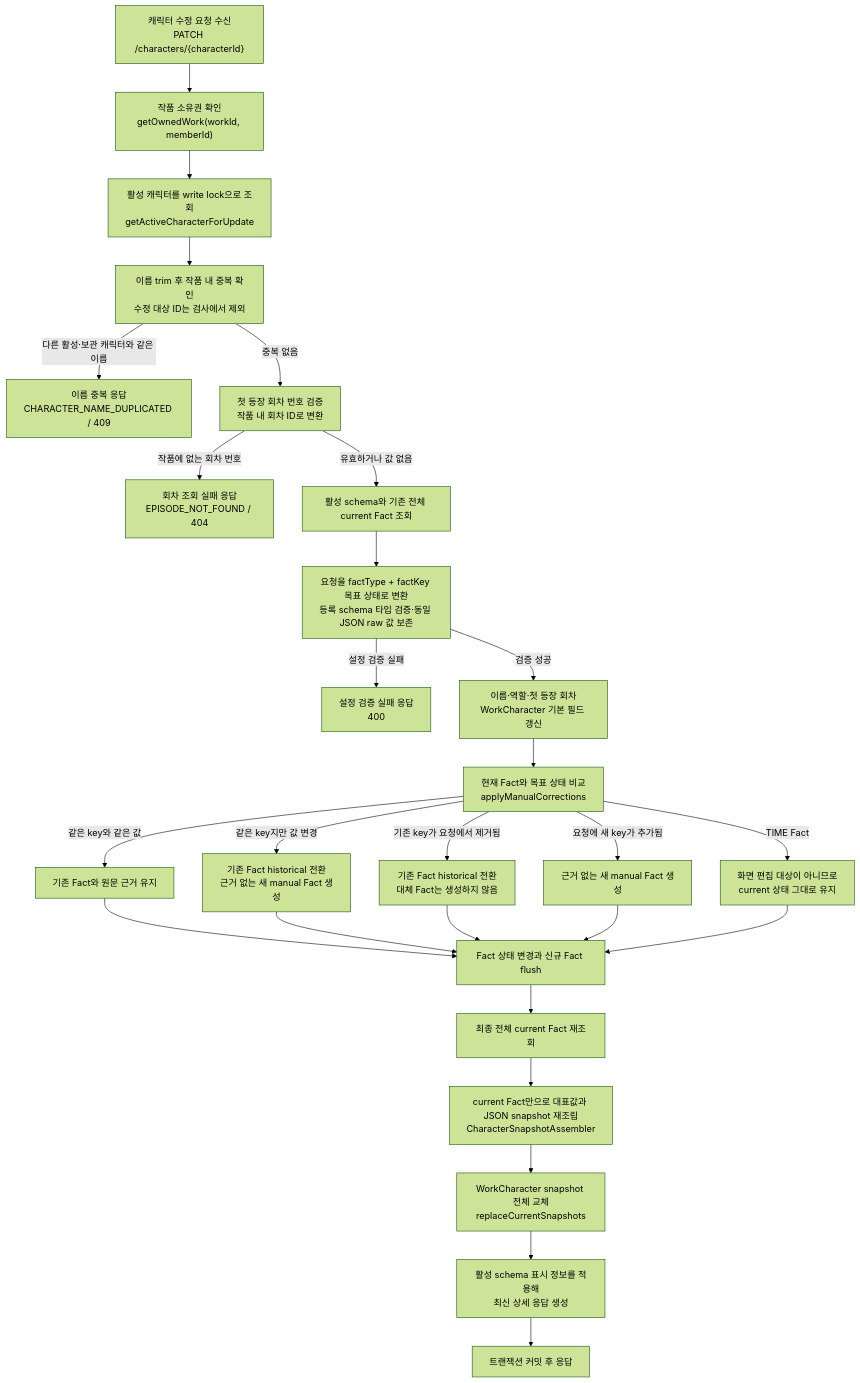
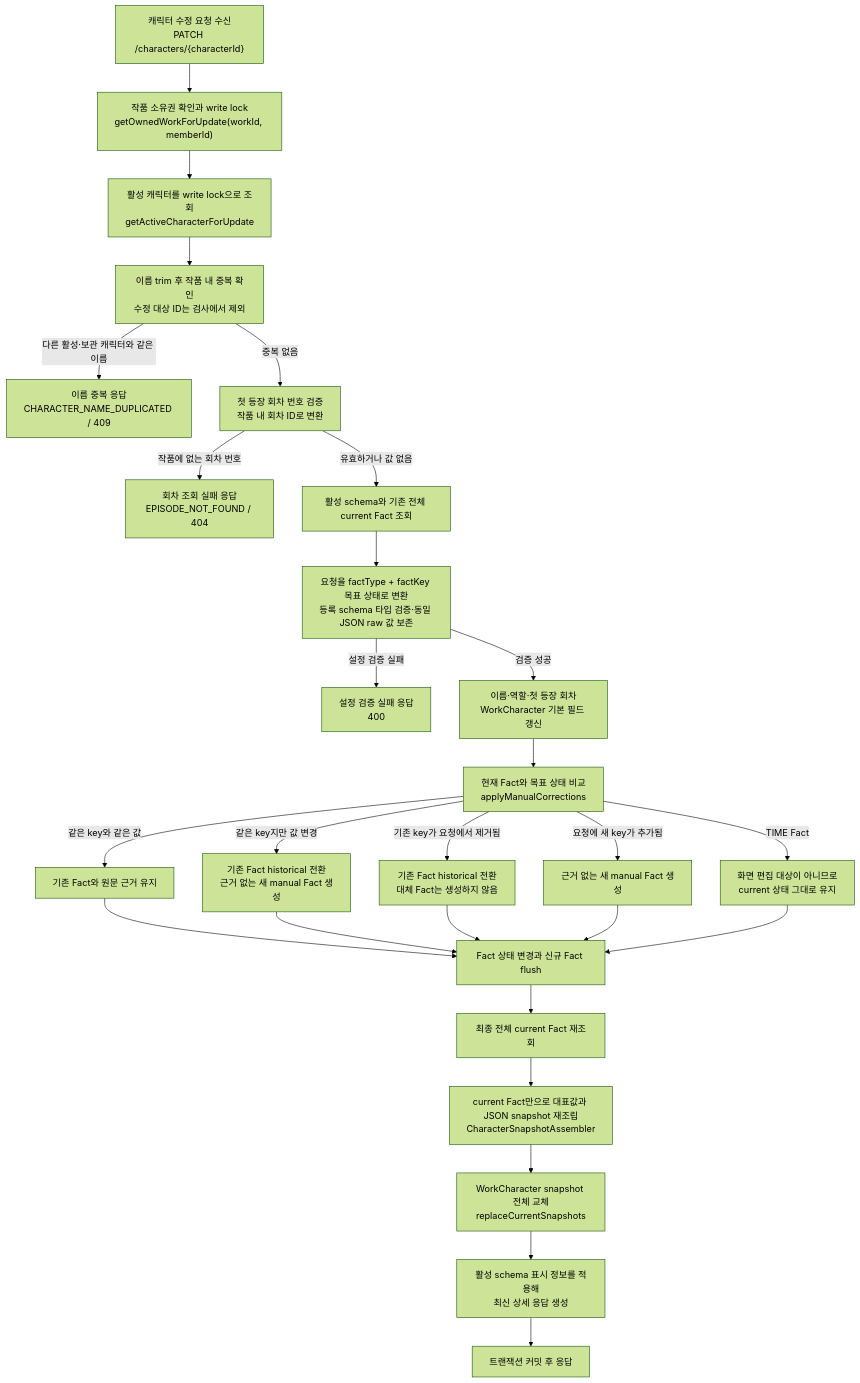
The first of 8 diagrams in docs/character.md (catchhole-soma/catchhole-backend-java), drawn with Mermaid (forest theme) before and after one commit. The commit also changed other lines of this file and 14 other files, not shown here.

First line of the commit message:
fix(character): 캐릭터 API 경계 조건을 보완한다

````diff
--- a/docs/character.md
+++ b/docs/character.md
@@ -529,31 +533,31 @@
 ```mermaid
 flowchart TD
-    A["캐릭터 수정 요청 수신<br/>PATCH /characters/{characterId}"] --> B["작품 소유권 확인<br/>getOwnedWork(workId, memberId)"]
+    A["캐릭터 수정 요청 수신<br/>PATCH /characters/{characterId}"] --> B["작품 소유권 확인과 write lock<br/>getOwnedWorkForUpdate(workId, memberId)"]
     B --> C["활성 캐릭터를 write lock으로 조회<br/>getActiveCharacterForUpdate"]
     C --> D["이름 trim 후 작품 내 중복 확인<br/>수정 대상 ID는 검사에서 제외"]
     D -->|"다른 활성·보관 캐릭터와 같은 이름"| X1["이름 중복 응답<br/>CHARACTER_NAME_DUPLICATED / 409"]
     D -->|"중복 없음"| E["첫 등장 회차 번호 검증<br/>작품 내 회차 ID로 변환"]
     E -->|"작품에 없는 회차 번호"| X2["회차 조회 실패 응답<br/>EPISODE_NOT_FOUND / 404"]
     E -->|"유효하거나 값 없음"| F["활성 schema와 기존 전체 current Fact 조회"]
     F --> G["요청을 factType + factKey 목표 상태로 변환<br/>등록 schema 타입 검증·동일 JSON raw 값 보존"]
     G -->|"설정 검증 실패"| X3["설정 검증 실패 응답<br/>400"]
     G -->|"검증 성공"| H["이름·역할·첫 등장 회차<br/>WorkCharacter 기본 필드 갱신"]
     H --> I["현재 Fact와 목표 상태 비교<br/>applyManualCorrections"]
 
     I -->|"같은 key와 같은 값"| I1["기존 Fact와 원문 근거 유지"]
     I -->|"같은 key지만 값 변경"| I2["기존 Fact historical 전환<br/>근거 없는 새 manual Fact 생성"]
     I -->|"기존 key가 요청에서 제거됨"| I3["기존 Fact historical 전환<br/>대체 Fact는 생성하지 않음"]
     I -->|"요청에 새 key가 추가됨"| I4["근거 없는 새 manual Fact 생성"]
     I -->|"TIME Fact"| I5["화면 편집 대상이 아니므로<br/>current 상태 그대로 유지"]
 
     I1 --> J["Fact 상태 변경과 신규 Fact flush"]
     I2 --> J
     I3 --> J
     I4 --> J
     I5 --> J
     J --> K["최종 전체 current Fact 재조회"]
     K --> L["current Fact만으로 대표값과 JSON snapshot 재조립<br/>CharacterSnapshotAssembler"]
     L --> M["WorkCharacter snapshot 전체 교체<br/>replaceCurrentSnapshots"]
     M --> N["활성 schema 표시 정보를 적용해<br/>최신 상세 응답 생성"]
     N --> O["트랜잭션 커밋 후 응답"]
 ```
````
